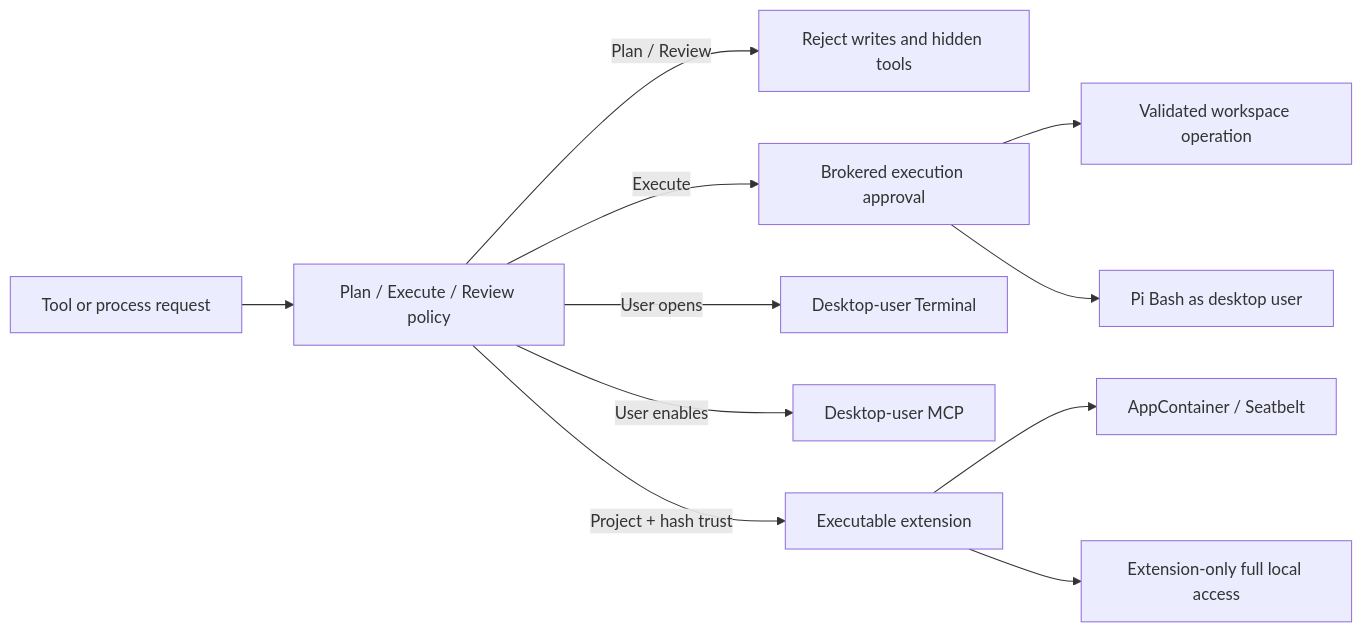
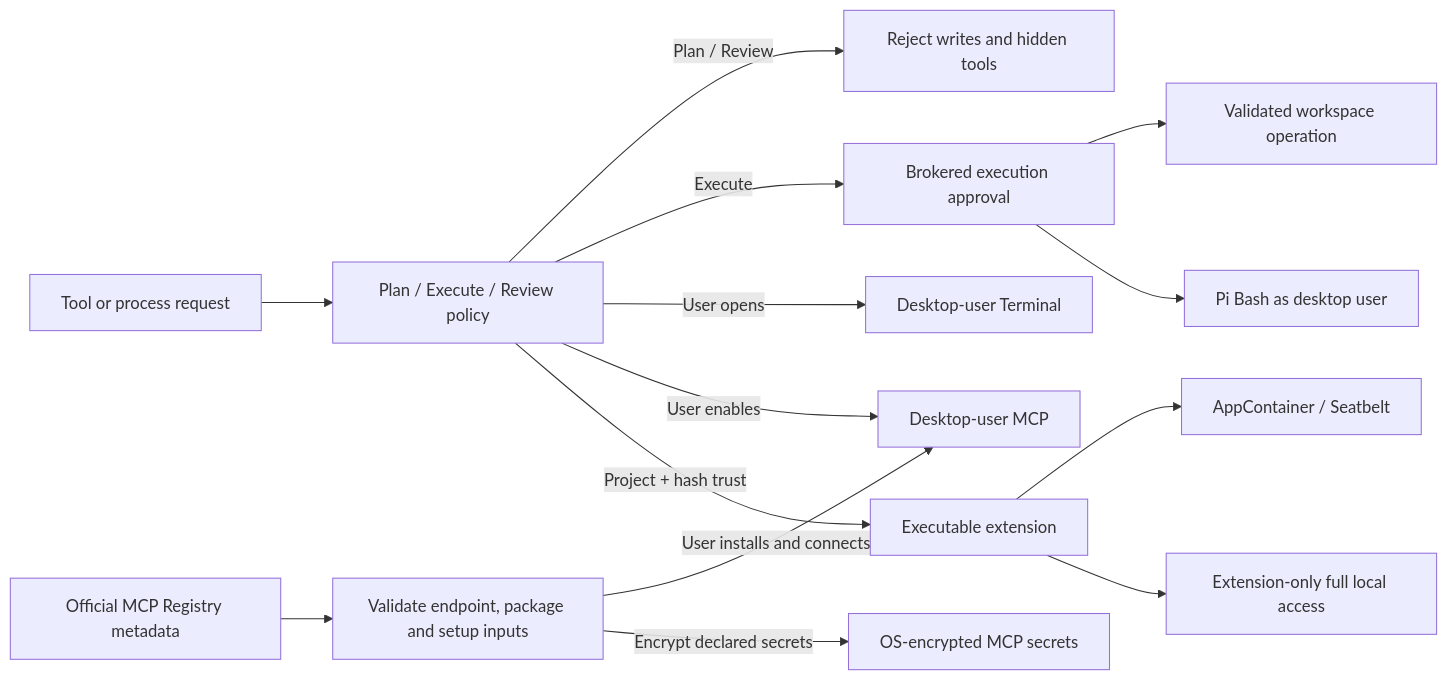
One commit to EurekaRaider/Artemis changed the first of 2 diagrams in README.md. Above: the diagram before and after it, drawn with Mermaid. The commit also changed other lines of this file, not shown here.

Commit message:
Document MCP Registry trust boundary

````diff
--- a/README.md
+++ b/README.md
@@ -430,13 +430,16 @@
 ```mermaid
 flowchart LR
     Request["Tool or process request"] --> Mode["Plan / Execute / Review policy"]
     Mode -->|"Plan / Review"| Deny["Reject writes and hidden tools"]
     Mode -->|"Execute"| Broker["Brokered execution approval"]
     Broker --> Workspace["Validated workspace operation"]
     Broker --> Bash["Pi Bash as desktop user"]
     Mode -->|"User opens"| Terminal["Desktop-user Terminal"]
+    Registry["Official MCP Registry metadata"] --> Validate["Validate endpoint, package and setup inputs"]
+    Validate -->|"User installs and connects"| MCP
+    Validate -->|"Encrypt declared secrets"| Secrets["OS-encrypted MCP secrets"]
     Mode -->|"User enables"| MCP["Desktop-user MCP"]
     Mode -->|"Project + hash trust"| Trust["Executable extension"]
     Trust --> Native["AppContainer / Seatbelt"]
     Trust --> OptIn["Extension-only full local access"]
 ```
````
